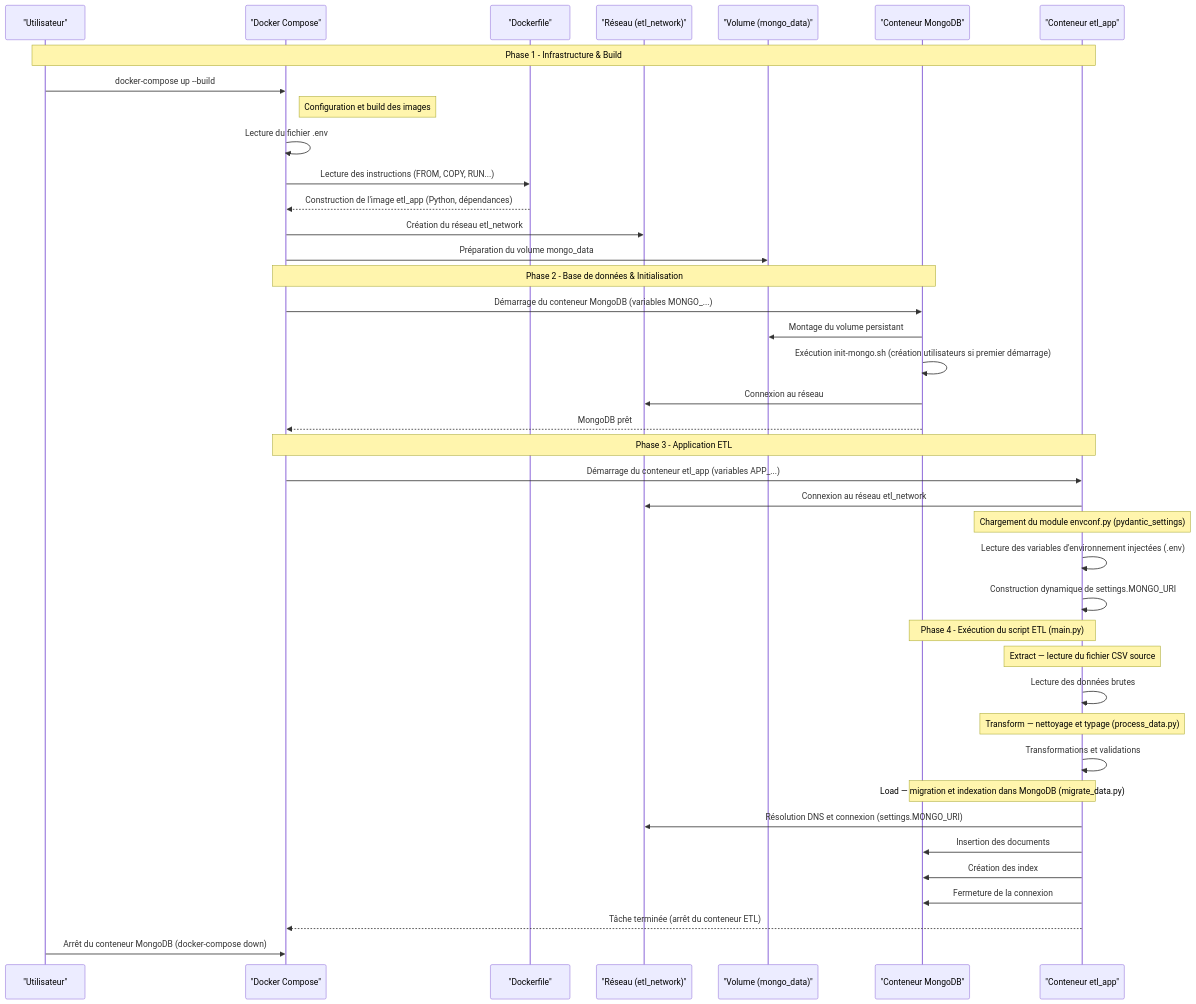
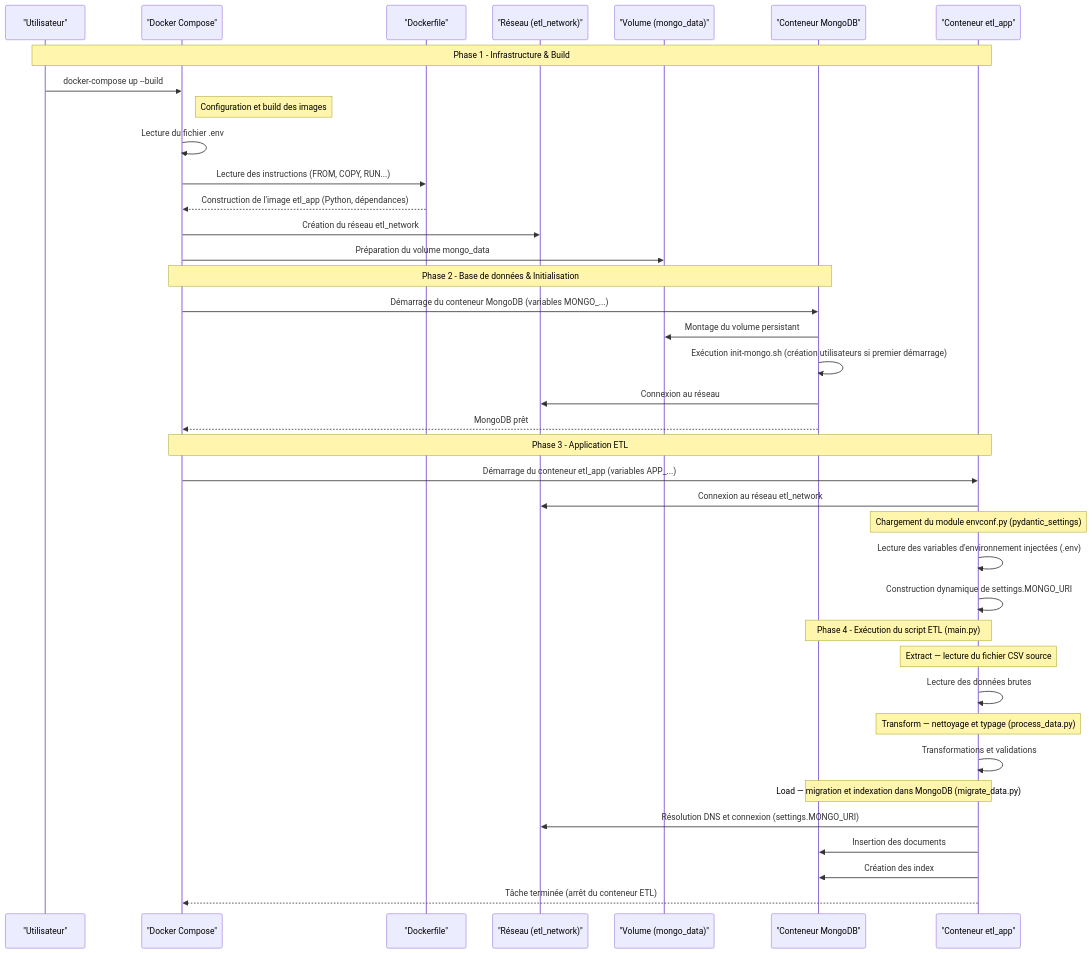
One commit to PierreDff/OC_DE_projet5 changed the diagram in README.md. Above: the diagram before and after it, drawn with Mermaid.

Commit message:
update diagram

````diff
--- a/README.md
+++ b/README.md
@@ -145,52 +145,50 @@
 ```mermaid
 sequenceDiagram
     participant Utilisateur as "Utilisateur"
     participant Docker as "Docker Compose"
     participant Dockerfile as "Dockerfile"
     participant Net as "Réseau (etl_network)"
     participant Volume as "Volume (mongo_data)"
     participant Mongo as "Conteneur MongoDB"
     participant ETL as "Conteneur etl_app"
 
     Note over Utilisateur,ETL: Phase 1 - Infrastructure & Build
     Utilisateur->>Docker: docker-compose up --build
 
     Note right of Docker: Configuration et build des images
     Docker->>Docker: Lecture du fichier .env
     Docker->>Dockerfile: Lecture des instructions (FROM, COPY, RUN...)
     Dockerfile-->>Docker: Construction de l'image etl_app (Python, dépendances)
 
     Docker->>Net: Création du réseau etl_network
     Docker->>Volume: Préparation du volume mongo_data
 
     Note over Docker,Mongo: Phase 2 - Base de données & Initialisation
     Docker->>Mongo: Démarrage du conteneur MongoDB (variables MONGO_...)
     Mongo->>Volume: Montage du volume persistant
     Mongo->>Mongo: Exécution init-mongo.sh (création utilisateurs si premier démarrage)
     Mongo->>Net: Connexion au réseau
     Mongo-->>Docker: MongoDB prêt
 
     Note over Docker,ETL: Phase 3 - Application ETL
     Docker->>ETL: Démarrage du conteneur etl_app (variables APP_...)
     ETL->>Net: Connexion au réseau etl_network
 
     Note over ETL: Chargement du module envconf.py (pydantic_settings)
     ETL->>ETL: Lecture des variables d'environnement injectées (.env)
     ETL->>ETL: Construction dynamique de settings.MONGO_URI
 
     Note over ETL,Mongo: Phase 4 - Exécution du script ETL (main.py)
     Note over ETL: Extract — lecture du fichier CSV source
     ETL->>ETL: Lecture des données brutes
 
     Note over ETL: Transform — nettoyage et typage (process_data.py)
     ETL->>ETL: Transformations et validations
 
     Note over ETL,Mongo: Load — migration et indexation dans MongoDB (migrate_data.py)
     ETL->>Net: Résolution DNS et connexion (settings.MONGO_URI)
     ETL->>Mongo: Insertion des documents
     ETL->>Mongo: Création des index
-    ETL->>Mongo: Fermeture de la connexion
 
     ETL-->>Docker: Tâche terminée (arrêt du conteneur ETL)
-    Utilisateur->>Docker : Arrêt du conteneur MongoDB (docker-compose down)
 ```
````
